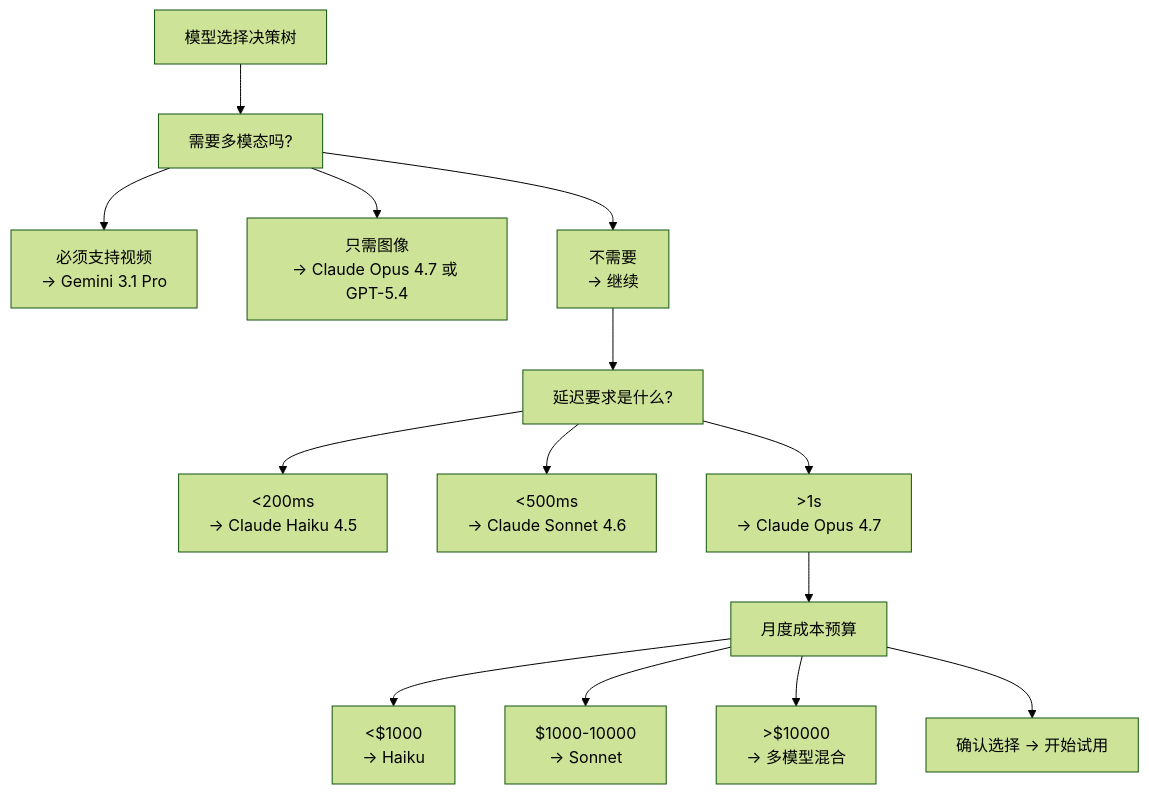
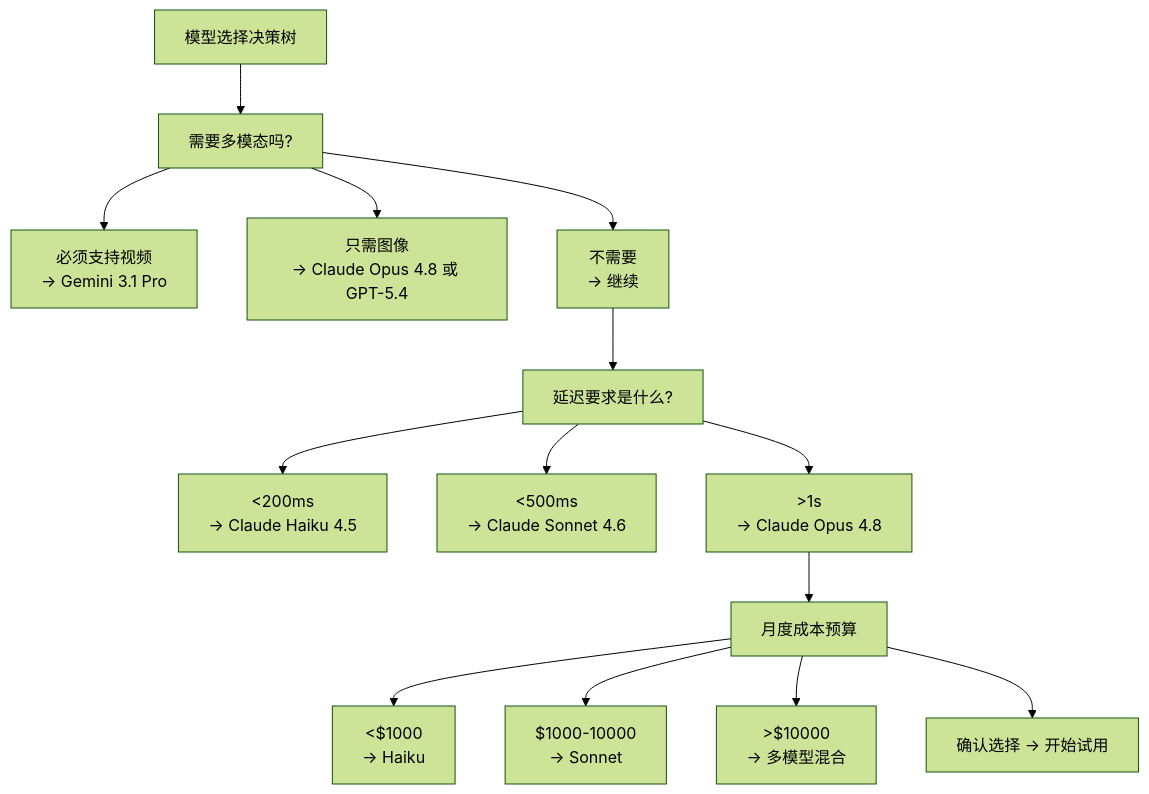
One commit to yeasy/claude_guide changed the first of 3 diagrams in 12_appendix/12.6_model_comparison.md. Above: the diagram before and after it, drawn with Mermaid (forest theme). The commit also changed other lines of this file and 44 other files, not shown here.

````diff
--- a/12_appendix/12.6_model_comparison.md
+++ b/12_appendix/12.6_model_comparison.md
@@ -556,34 +556,34 @@
 ```mermaid
 graph TD
     A["模型选择决策树"]
     B["需要多模态吗?"]
     B1["必须支持视频<br/>→ Gemini 3.1 Pro"]
-    B2["只需图像<br/>→ Claude Opus 4.7 或 GPT-5.4"]
+    B2["只需图像<br/>→ Claude Opus 4.8 或 GPT-5.4"]
     B3["不需要<br/>→ 继续"]
 
     C["延迟要求是什么?"]
     C1["<200ms<br/>→ Claude Haiku 4.5"]
     C2["<500ms<br/>→ Claude Sonnet 4.6"]
-    C3[">1s<br/>→ Claude Opus 4.7"]
+    C3[">1s<br/>→ Claude Opus 4.8"]
 
     D["月度成本预算"]
     D1["<$1000<br/>→ Haiku"]
     D2["$1000-10000<br/>→ Sonnet"]
     D3[">$10000<br/>→ 多模型混合"]
 
     E["确认选择 → 开始试用"]
 
     A --> B
     B --> B1
     B --> B2
     B --> B3
     B3 --> C
     C --> C1
     C --> C2
     C --> C3
     C3 --> D
     D --> D1
     D --> D2
     D --> D3
     D --> E
 ```
````
